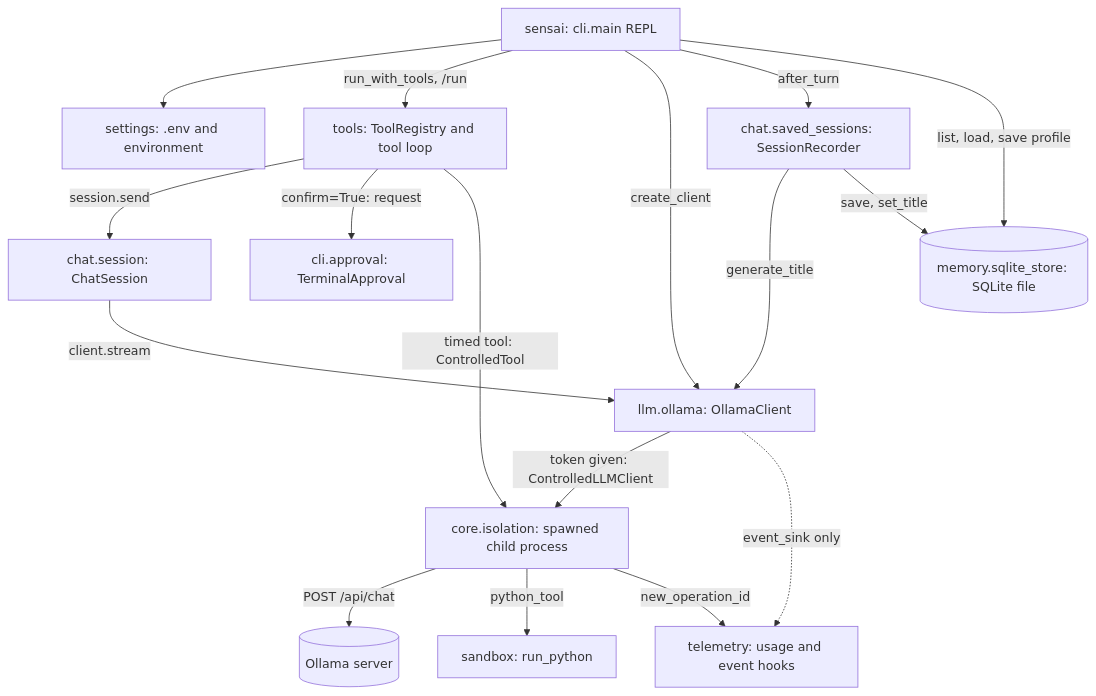
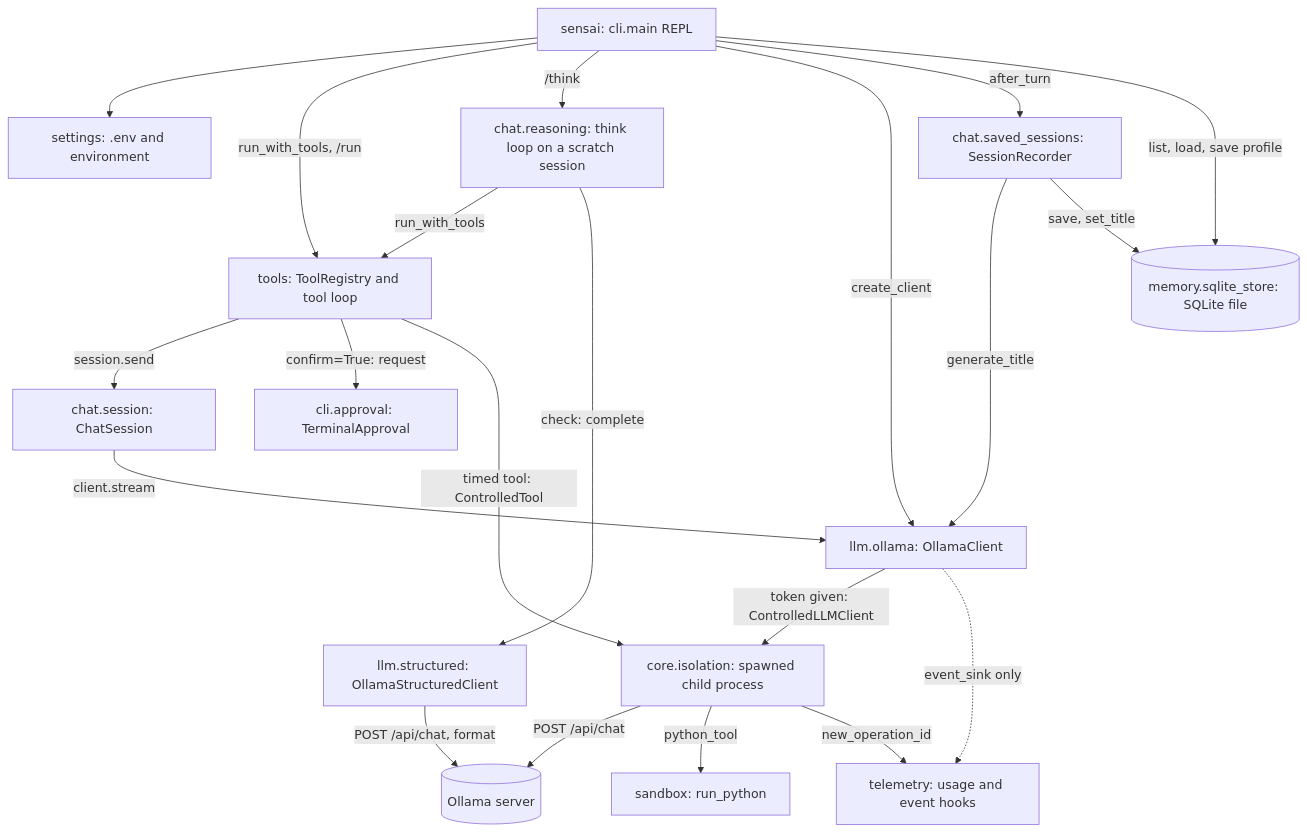
Before and after one commit to OmarCodes022/Sensai: the first of 2 diagrams in docs/developer-guide/architecture.md, drawn with Mermaid. The commit also changed other lines of this file and 9 other files, not shown here.

````diff
--- a/docs/developer-guide/architecture.md
+++ b/docs/developer-guide/architecture.md
@@ -25,19 +25,23 @@
 ```mermaid
 flowchart TD
     cli["sensai: cli.main REPL"] --> settings["settings: .env and environment"]
     cli -->|"run_with_tools, /run"| tools["tools: ToolRegistry and tool loop"]
+    cli -->|"/think"| reasoning["chat.reasoning: think loop on a scratch session"]
+    reasoning -->|"run_with_tools"| tools
+    reasoning -->|"check: complete"| structured["llm.structured: OllamaStructuredClient"]
+    structured -->|"POST /api/chat, format"| server
     tools -->|"session.send"| session["chat.session: ChatSession"]
     cli -->|"create_client"| ollama["llm.ollama: OllamaClient"]
     session -->|"client.stream"| ollama
     ollama -->|"token given: ControlledLLMClient"| isolation["core.isolation: spawned child process"]
     isolation -->|"POST /api/chat"| server[("Ollama server")]
     tools -->|"confirm=True: request"| approval["cli.approval: TerminalApproval"]
     tools -->|"timed tool: ControlledTool"| isolation
     isolation -->|"python_tool"| sandbox["sandbox: run_python"]
     cli -->|"after_turn"| recorder["chat.saved_sessions: SessionRecorder"]
     recorder -->|"generate_title"| ollama
     recorder -->|"save, set_title"| memory[("memory.sqlite_store: SQLite file")]
     cli -->|"list, load, save profile"| memory
     isolation -->|"new_operation_id"| telemetry["telemetry: usage and event hooks"]
     ollama -.->|"event_sink only"| telemetry
 ```
````
